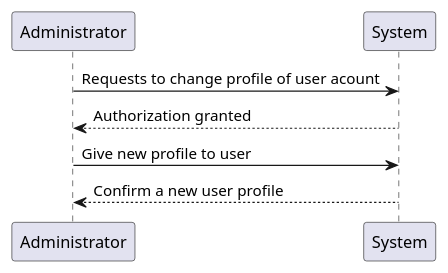
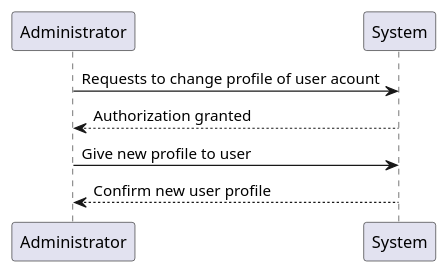
Before and after one commit to ivo-menezes/project_g3: the diagram in docs/modelling_design/user_stories/us003/changeProfile.puml, drawn with PlantUML.

Commit message:
US003:Analisys:ssdChangeProfile

```diff
--- a/docs/modelling_design/user_stories/us003/changeProfile.puml
+++ b/docs/modelling_design/user_stories/us003/changeProfile.puml
@@ -1,9 +1,9 @@
 @startuml
 'https://plantuml.com/sequence-diagram
 
 
 Administrator -> System: Requests to change profile of user acount
 Administrator <-- System: Authorization granted
 Administrator -> System: Give new profile to user
-Administrator <-- System: Confirm a new user profile
+Administrator <-- System: Confirm new user profile
 @enduml
```
